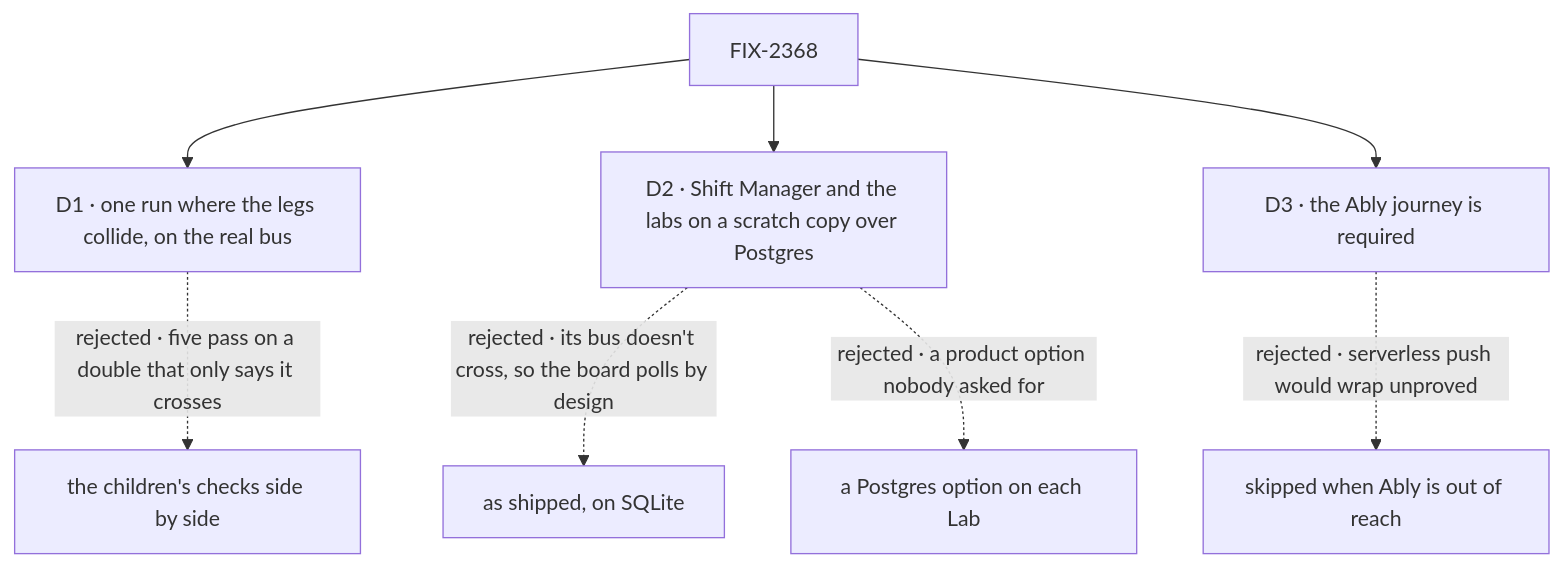
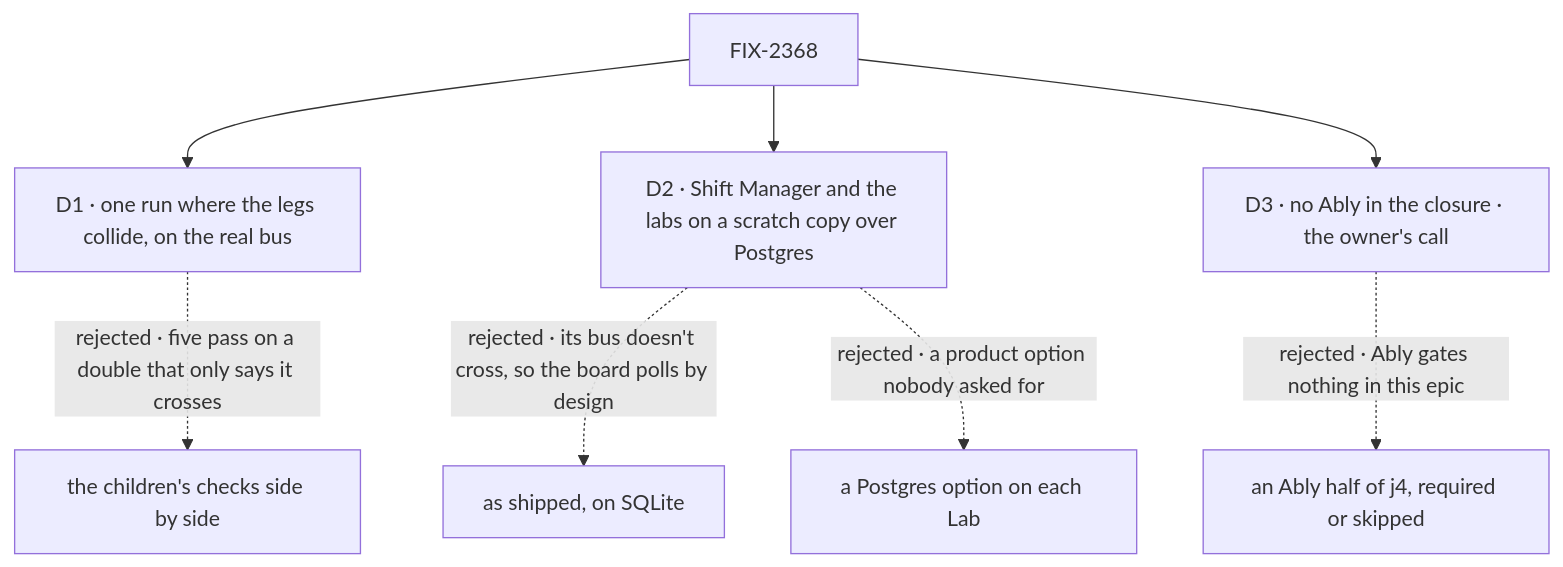
Before and after one commit to fixpoint-labs/flow-state-dev: the diagram in specs/issues/FIX-2368/DECISIONS.md, drawn with Mermaid. The commit also changed other lines of this file and 6 other files, not shown here.

First line of the commit message:
spec(FIX-2368): no Ably in the closure; epic amended (owner)

````diff
--- a/specs/issues/FIX-2368/DECISIONS.md
+++ b/specs/issues/FIX-2368/DECISIONS.md
@@ -12,10 +12,10 @@
 ```mermaid
 flowchart TD
   I["FIX-2368"] --> D1["D1 · one run where the legs collide, on the real bus"]
   D1 -.->|"rejected · five pass on a double that only says it crosses"| X1["the children's checks side by side"]
   I --> D2["D2 · Shift Manager and the labs on a scratch copy over Postgres"]
   D2 -.->|"rejected · its bus doesn't cross, so the board polls by design"| X2a["as shipped, on SQLite"]
   D2 -.->|"rejected · a product option nobody asked for"| X2b["a Postgres option on each Lab"]
-  I --> D3["D3 · the Ably journey is required"]
-  D3 -.->|"rejected · serverless push would wrap unproved"| X3["skipped when Ably is out of reach"]
+  I --> D3["D3 · no Ably in the closure · the owner's call"]
+  D3 -.->|"rejected · Ably gates nothing in this epic"| X3["an Ably half of j4, required or skipped"]
 ```
````
